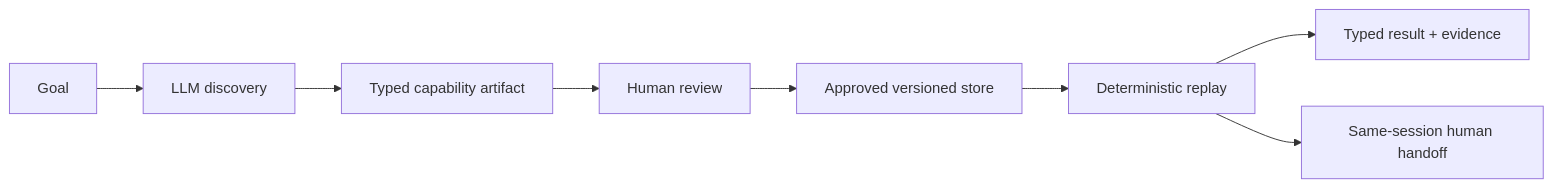
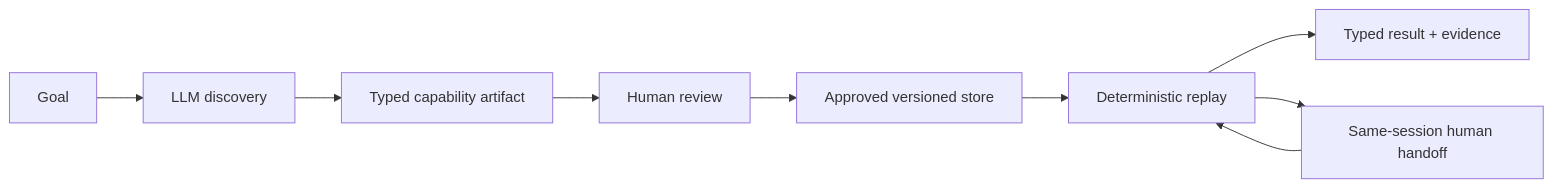
Before and after one commit to jingpeng7527/computer_use_automation: the first of 2 diagrams in README.md, drawn with Mermaid. The commit also changed other lines of this file, not shown here.

````diff
--- a/README.md
+++ b/README.md
@@ -9,10 +9,11 @@
 ```mermaid
 flowchart LR
     A[Goal] --> B[LLM discovery]
     B --> C[Typed capability artifact]
     C --> D[Human review]
     D --> E[Approved versioned store]
     E --> F[Deterministic replay]
     F --> G[Typed result + evidence]
     F --> H[Same-session human handoff]
+    H --> F
 ```
````
